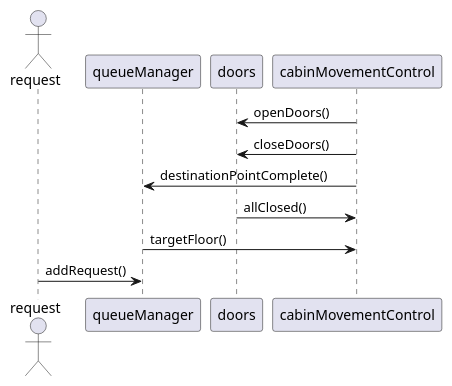
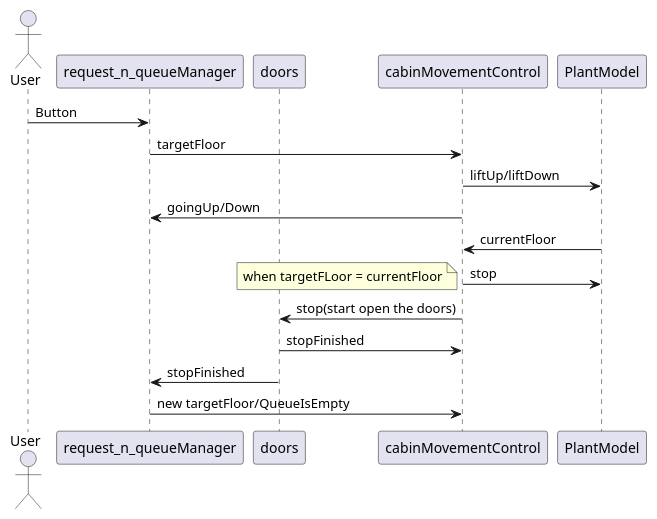
Before and after one commit to SaintOfTheSaw/Soft_design_for_ind_automation_ltu: the diagram in Documentation/diagrams/src/sequence_diagram.wsd, drawn with PlantUML. The commit also changed 22 other files, not shown here.

```diff
--- a/Documentation/diagrams/src/sequence_diagram.wsd
+++ b/Documentation/diagrams/src/sequence_diagram.wsd
@@ -1,17 +1,27 @@
 @startuml
 
-actor request as R
-participant queueManager as QM
+actor User as U
+participant request_n_queueManager as RQ
 participant doors as D
-participant cabinMovementControl as CMC
+participant cabinMovementControl as C
+participant PlantModel as PM
 
-CMC -> D: openDoors()
-CMC -> D: closeDoors()
-CMC -> QM: destinationPointComplete()
+U -> RQ : Button
+RQ -> C : targetFloor
+C -> PM : liftUp/liftDown
+C ->RQ : goingUp/Down
+PM -> C : currentFloor
 
-D -> CMC: allClosed()
+C -> PM : stop
+note left
+when targetFLoor = currentFloor
+end note
+C -> D : stop(start open the doors)
+D -> C : stopFinished
+D -> RQ : stopFinished
 
-QM -> CMC: targetFloor()
+RQ -> C : new targetFloor/QueueIsEmpty
 
-R -> QM: addRequest()
+
+
 @enduml
```
